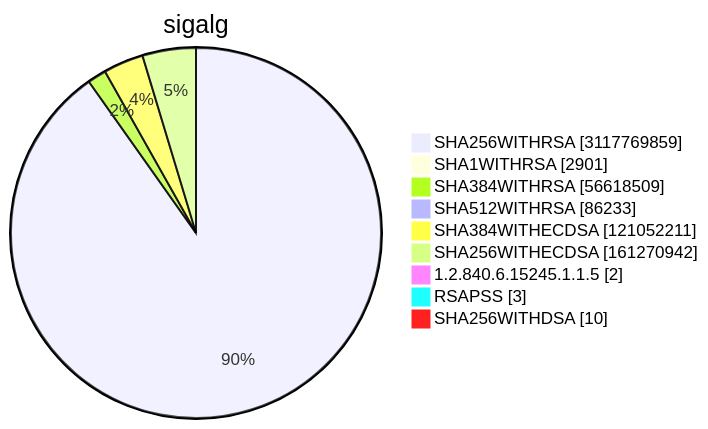
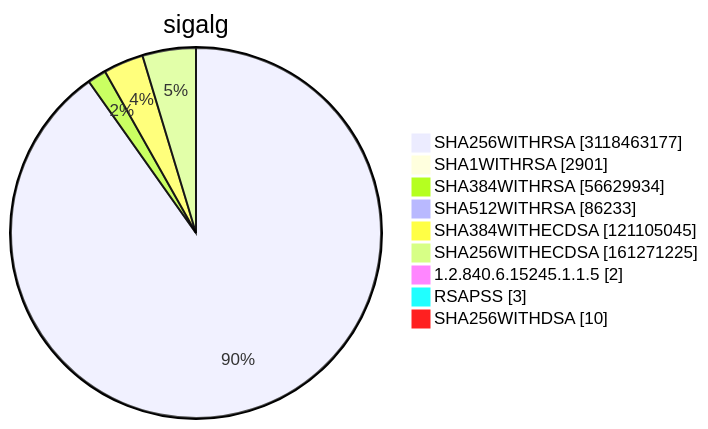
Before and after one commit to christiankrug/ctmonitor_visualization: diagram 15 of 15 in TOTAL/README.md, drawn with Mermaid. The commit also changed other lines of this file, not shown here.

````diff
--- a/TOTAL/README.md
+++ b/TOTAL/README.md
@@ -6212,13 +6212,13 @@
 ```mermaid
 pie showData
 title sigalg
-"SHA256WITHRSA" :3117769859
+"SHA256WITHRSA" :3118463177
 "SHA1WITHRSA" :2901
-"SHA384WITHRSA" :56618509
+"SHA384WITHRSA" :56629934
 "SHA512WITHRSA" :86233
-"SHA384WITHECDSA" :121052211
-"SHA256WITHECDSA" :161270942
+"SHA384WITHECDSA" :121105045
+"SHA256WITHECDSA" :161271225
 "1.2.840.6.15245.1.1.5" :2
 "RSAPSS" :3
 "SHA256WITHDSA" :10
 ```
````
